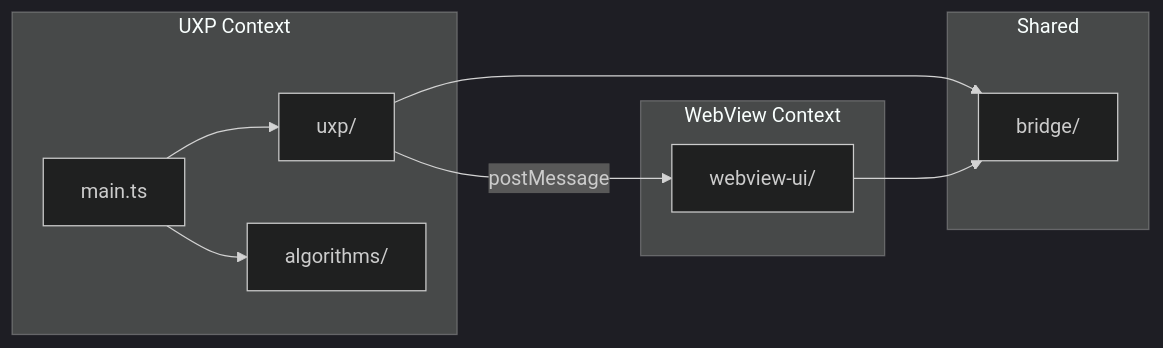
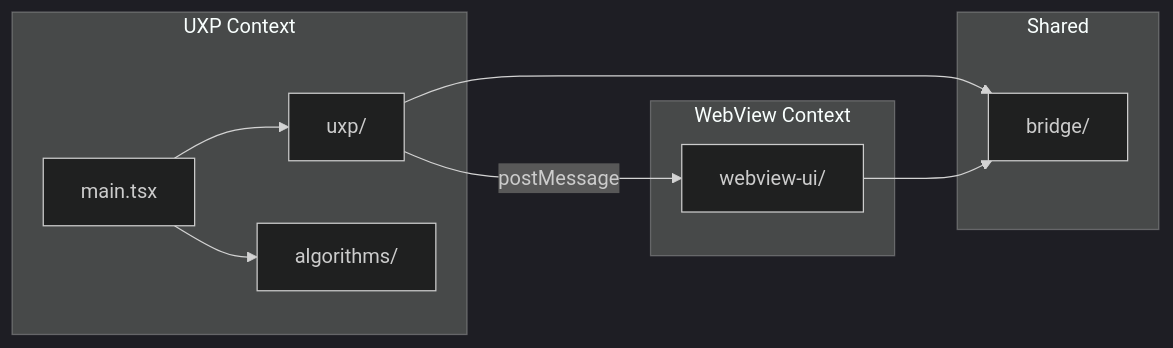
Before and after one commit to matee911/huechord: the diagram in docs/project-structure.md, drawn with Mermaid (dark theme). The commit also changed other lines of this file and 6 other files, not shown here.

````diff
--- a/docs/project-structure.md
+++ b/docs/project-structure.md
@@ -58,22 +58,22 @@
 ```mermaid
 graph LR
     subgraph UXP Context
-        M[main.ts]
+        M[main.tsx]
         U[uxp/]
         A[algorithms/]
     end
 
     subgraph Shared
         B[bridge/]
     end
 
     subgraph WebView Context
         W[webview-ui/]
     end
 
     M --> U
     M --> A
     U --> B
     W --> B
     U -->|postMessage| W
 ```
````
